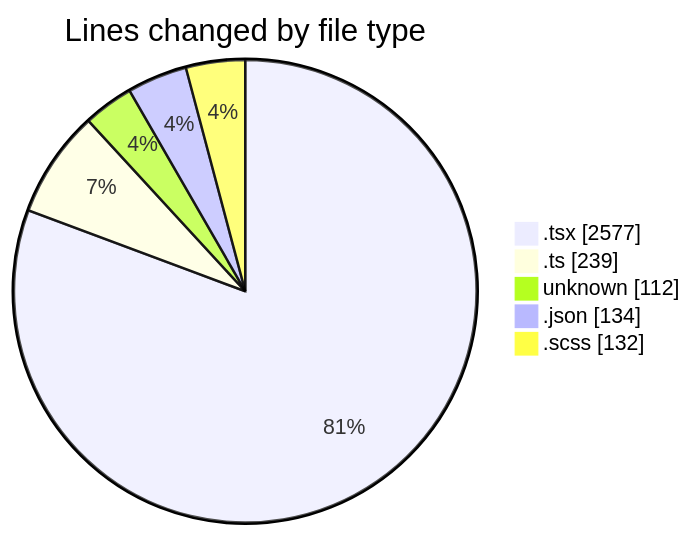
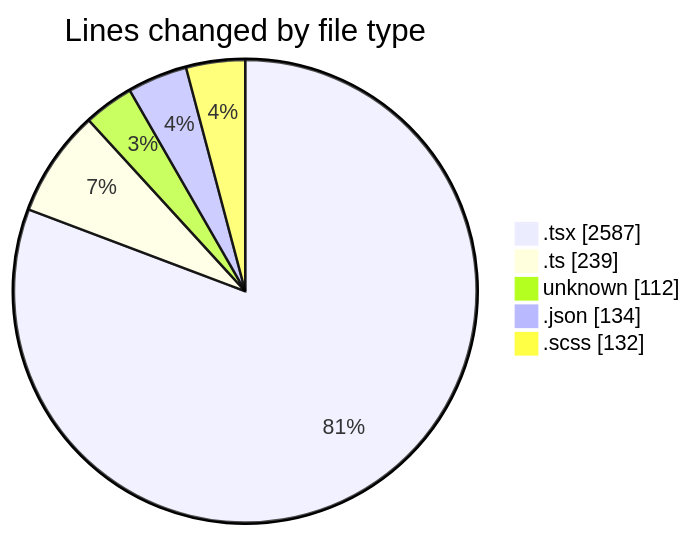
The first of 2 diagrams in 2026-04-28/cda/README.md (momahboobian/code-tracking), drawn with Mermaid before and after one commit. The commit also changed other lines of this file and 1 other file, not shown here.

````diff
--- a/2026-04-28/cda/README.md
+++ b/2026-04-28/cda/README.md
@@ -46,9 +46,9 @@
 ```mermaid
 pie showData
 title Lines changed by file type
-".tsx" : 2577
+".tsx" : 2587
 ".ts" : 239
 "unknown" : 112
 ".json" : 134
 ".scss" : 132
 ```
````
